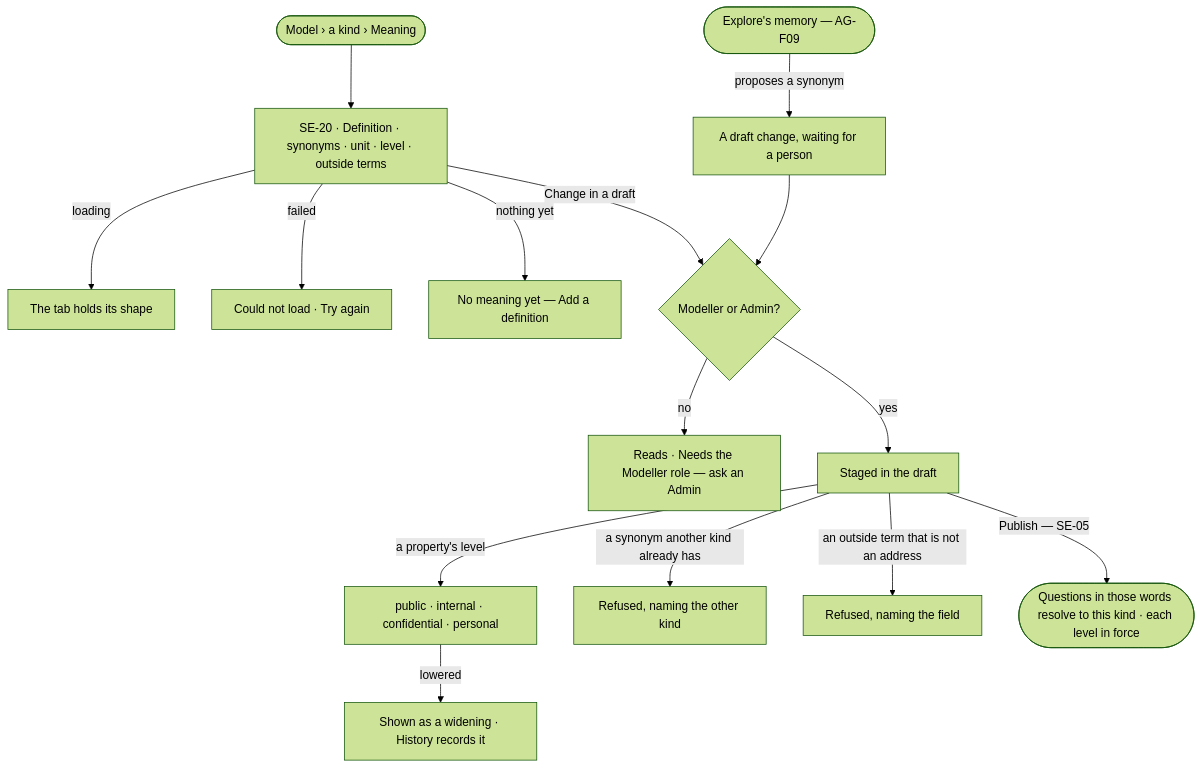
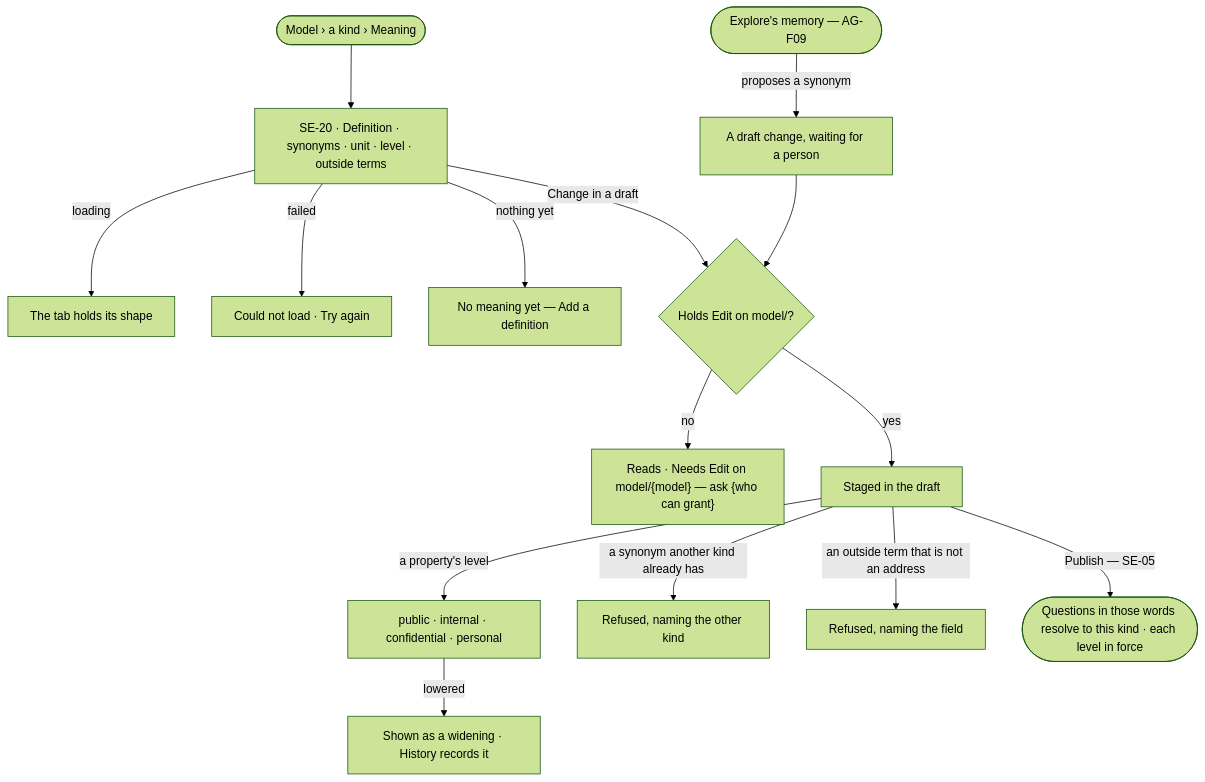
The diagram in specs/capabilities/semantics/features/SE-F03-meaning/feature.md (invana/invana), drawn with Mermaid (forest theme) before and after one commit. The commit also changed other lines of this file and 228 other files, not shown here.

````diff
--- a/specs/capabilities/semantics/features/SE-F03-meaning/feature.md
+++ b/specs/capabilities/semantics/features/SE-F03-meaning/feature.md
@@ -24,16 +24,16 @@
 ```mermaid
 flowchart TD
   start([Model › a kind › Meaning]) --> m["SE-20 · Definition · synonyms · unit · level · outside terms"]
   m -->|loading| ld["The tab holds its shape"]
   m -->|failed| fl["Could not load · Try again"]
   m -->|nothing yet| e["No meaning yet — Add a definition"]
-  m -->|Change in a draft| may{Modeller or Admin?}
-  may -->|no| na["Reads · Needs the Modeller role — ask an Admin"]
+  m -->|Change in a draft| may{"Holds Edit on model/<model>?"}
+  may -->|no| na["Reads · Needs Edit on model/{model} — ask {who can grant}"]
   may -->|yes| d["Staged in the draft"]
   d -->|a property's level| lv["public · internal · confidential · personal"]
   lv -->|lowered| wd["Shown as a widening · History records it"]
   d -->|a synonym another kind already has| dup["Refused, naming the other kind"]
   d -->|an outside term that is not an address| bad["Refused, naming the field"]
   d -->|Publish — SE-05| pub(["Questions in those words resolve to this kind · each level in force"])
   mem([Explore's memory — AG-F09]) -->|proposes a synonym| prop["A draft change, waiting for a person"] --> may
 ```
````
